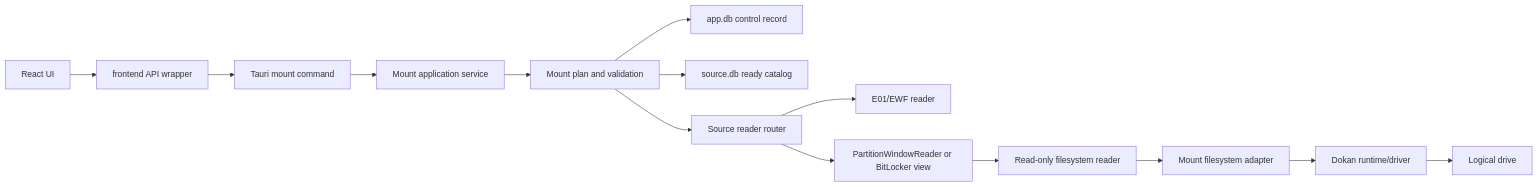
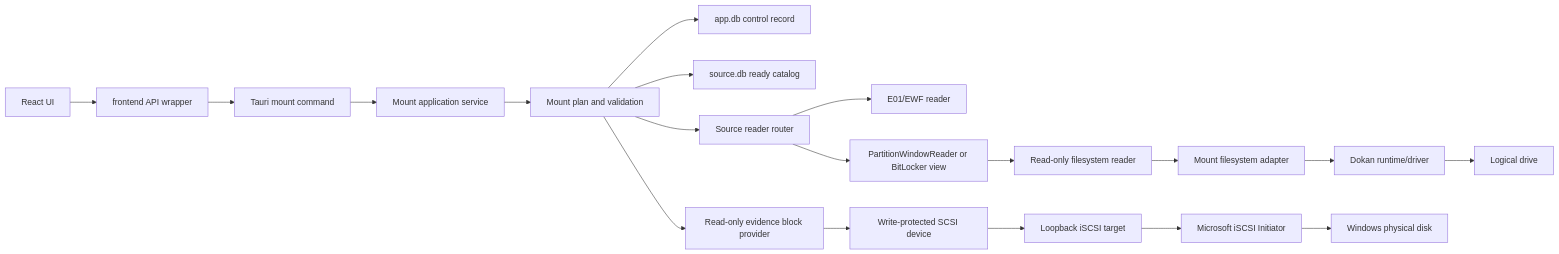
One commit to lQ-A-Ql/meow-detective changed the first of 2 diagrams in docs/image-mount-design.md. Above: the diagram before and after it, drawn with Mermaid. The commit also changed other lines of this file and 89 other files, not shown here.

Commit message:
feat(mount): add read-only physical image mounting

````diff
--- a/docs/image-mount-design.md
+++ b/docs/image-mount-design.md
@@ -124,16 +150,21 @@
 ```mermaid
 flowchart LR
     UI[React UI] --> API[frontend API wrapper]
     API --> CMD[Tauri mount command]
     CMD --> SVC[Mount application service]
     SVC --> PLAN[Mount plan and validation]
     PLAN --> CASE[app.db control record]
     PLAN --> SOURCE[source.db ready catalog]
     PLAN --> ROUTER[Source reader router]
     ROUTER --> E01[E01/EWF reader]
     ROUTER --> WINDOW[PartitionWindowReader or BitLocker view]
     WINDOW --> FS[Read-only filesystem reader]
     FS --> ADAPTER[Mount filesystem adapter]
     ADAPTER --> DOKAN[Dokan runtime/driver]
     DOKAN --> DRIVE[Logical drive]
+    PLAN --> BLOCK[Read-only evidence block provider]
+    BLOCK --> SCSI[Write-protected SCSI device]
+    SCSI --> TARGET[Loopback iSCSI target]
+    TARGET --> INIT[Microsoft iSCSI Initiator]
+    INIT --> DISK[Windows physical disk]
 ```
````
